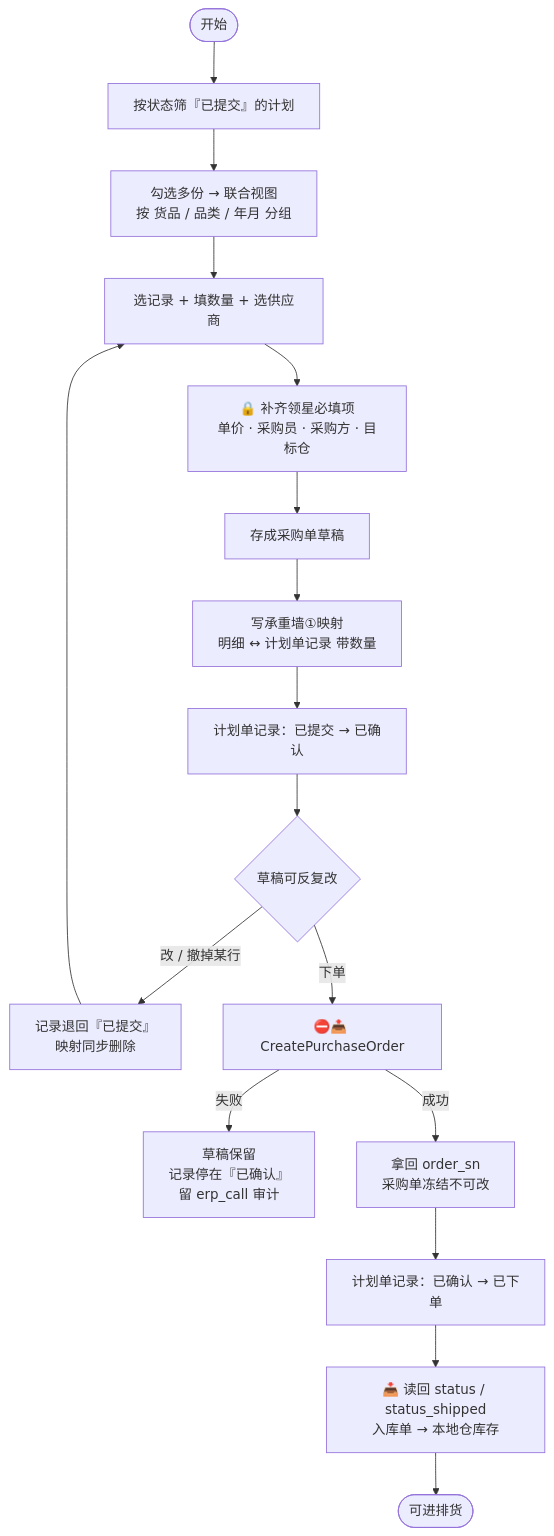
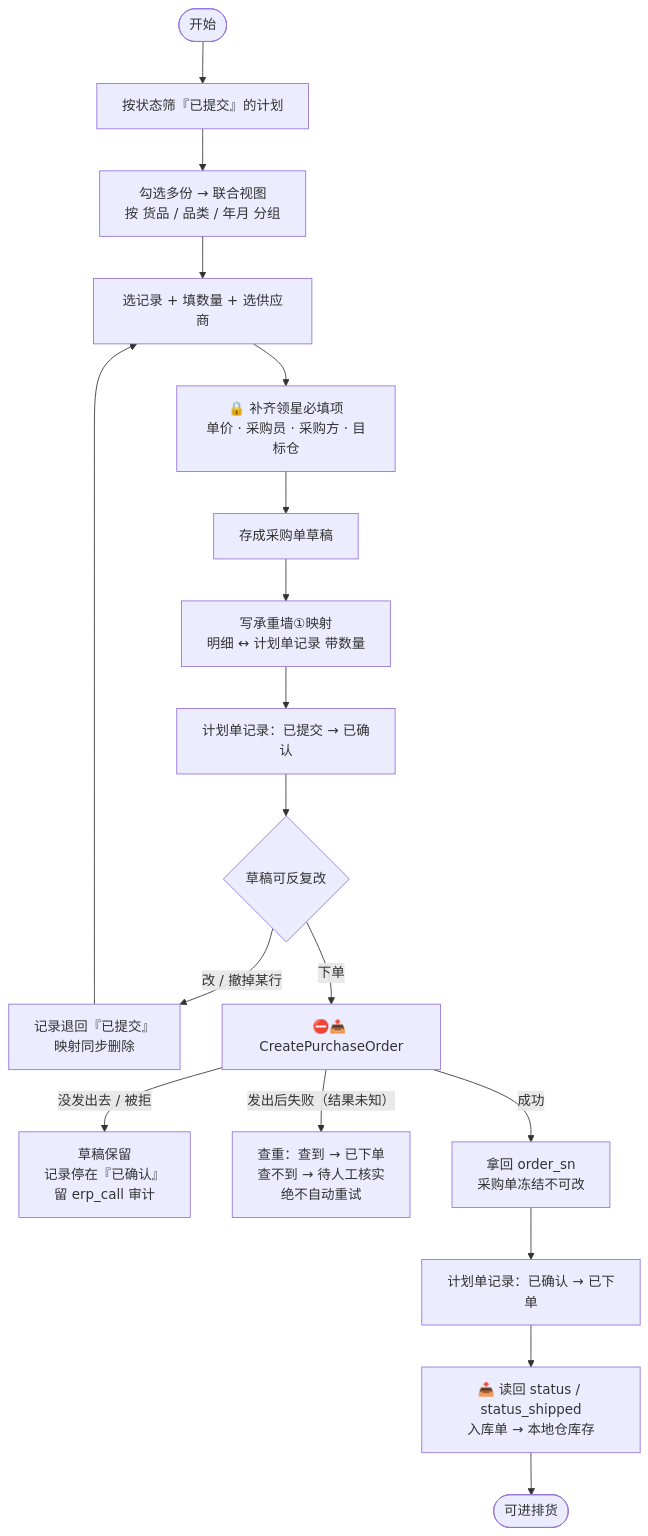
One commit to DuoWeiTree/service_supplychain changed the third of 6 diagrams in docs/06-核心业务流程.md. Above: the diagram before and after it, drawn with Mermaid. The commit also changed other lines of this file and 10 other files, not shown here.

````diff
--- a/docs/06-核心业务流程.md
+++ b/docs/06-核心业务流程.md
@@ -134,19 +134,20 @@
 ```mermaid
 flowchart TD
   S(["开始"]) --> Q1["按状态筛『已提交』的计划"]
   Q1 --> Q2["勾选多份 → 联合视图<br/>按 货品 / 品类 / 年月 分组"]
   Q2 --> Q3["选记录 + 填数量 + 选供应商"]
   Q3 --> Q4["🔒 补齐领星必填项<br/>单价 · 采购员 · 采购方 · 目标仓"]
   Q4 --> Q5["存成采购单草稿"]
   Q5 --> Q6["写承重墙①映射<br/>明细 ↔ 计划单记录 带数量"]
   Q6 --> Q7["计划单记录：已提交 → 已确认"]
   Q7 --> Q8{"草稿可反复改"}
   Q8 -->|"改 / 撤掉某行"| Q9["记录退回『已提交』<br/>映射同步删除"]
   Q9 --> Q3
   Q8 -->|"下单"| Q10["⛔📤 CreatePurchaseOrder"]
-  Q10 -->|"失败"| E1["草稿保留<br/>记录停在『已确认』<br/>留 erp_call 审计"]
+  Q10 -->|"没发出去 / 被拒"| E1["草稿保留<br/>记录停在『已确认』<br/>留 erp_call 审计"]
+  Q10 -->|"发出后失败（结果未知）"| E2["查重：查到 → 已下单<br/>查不到 → 待人工核实<br/>绝不自动重试"]
   Q10 -->|"成功"| Q11["拿回 order_sn<br/>采购单冻结不可改"]
   Q11 --> Q12["计划单记录：已确认 → 已下单"]
   Q12 --> Q13["📥 读回 status / status_shipped<br/>入库单 → 本地仓库存"]
   Q13 --> T(["可进排货"])
 ```
````
